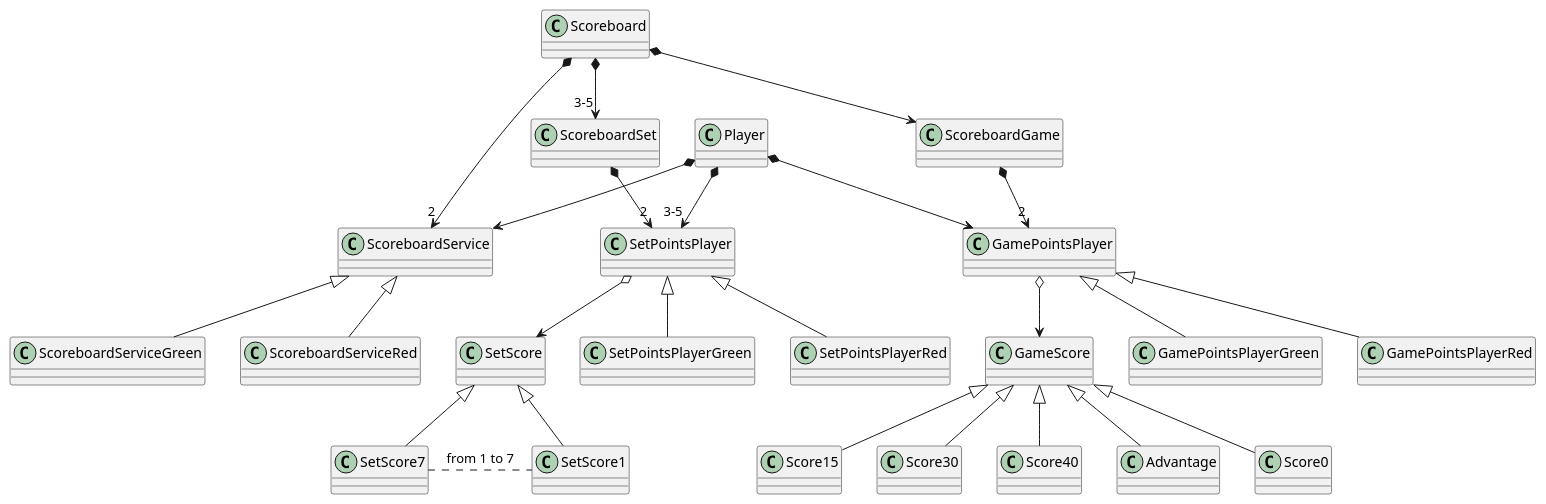
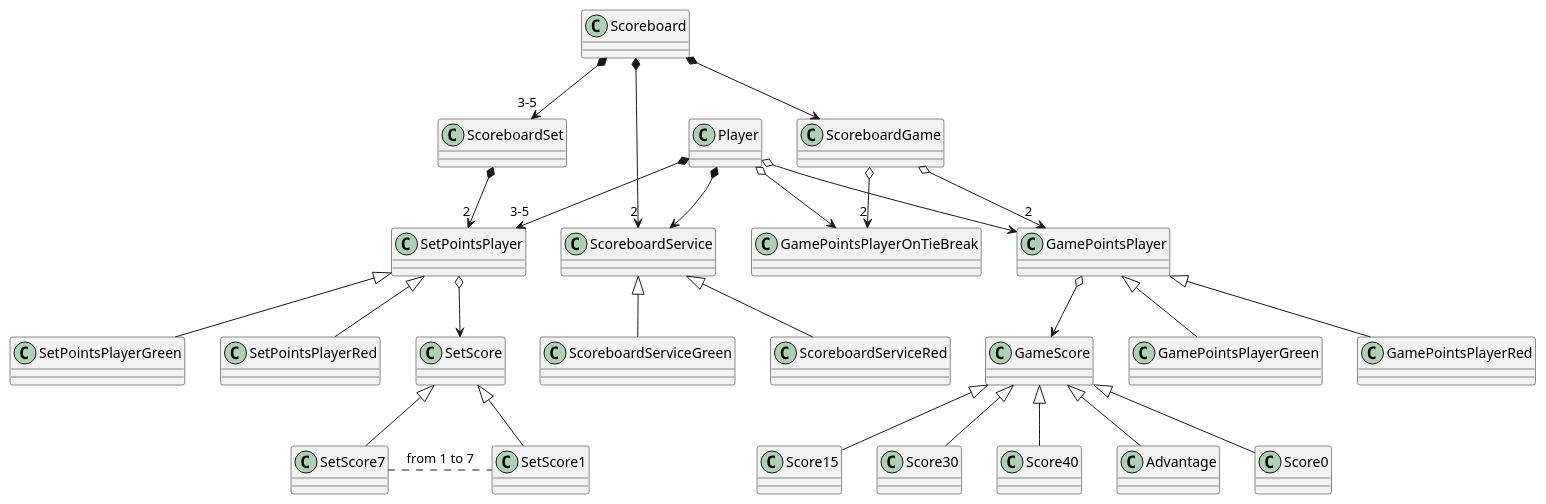
Before and after one commit to midesweb/marcador-tenis: the diagram in modelo-marcador.plantuml, drawn with PlantUML. The commit also changed 1 other file, not shown here.

Commit message:
añadir tie break

```diff
--- a/modelo-marcador.plantuml
+++ b/modelo-marcador.plantuml
@@ -1,58 +1,61 @@
 @startuml
 
 class Scoreboard
 class ScoreboardSet
 class ScoreboardGame
 class ScoreboardService
 
 class SetPointsPlayer
 class SetPointsPlayerGreen
 class SetPointsPlayerRed
 class GamePointsPlayer
 class GamePointsPlayerGreen
 class GamePointsPlayerRed
 
 class GameScore
 class Score0
 class Score15
 class Score30
 class Score40
 class Advantage
 
 class SetScore
 class SetScore1
 class SetScore7
 
 class Player
 
 Scoreboard *--> "3-5" ScoreboardSet
 ScoreboardSet *--> "2" SetPointsPlayer
 SetPointsPlayerGreen -up-|> SetPointsPlayer
 SetPointsPlayerRed -up-|> SetPointsPlayer
 
 Scoreboard *--> ScoreboardGame
-ScoreboardGame *--> "2" GamePointsPlayer
+ScoreboardGame o--> "2" GamePointsPlayer
 GamePointsPlayerGreen -up-|> GamePointsPlayer
 GamePointsPlayerRed -up-|> GamePointsPlayer
 
 GamePointsPlayer o-down-> GameScore
 Score0 -up-|> GameScore
 Score15 -up-|> GameScore
 Score30 -up-|> GameScore
 Score40 -up-|> GameScore
 Advantage -up-|> GameScore
 
+ScoreboardGame o-down-> "2" GamePointsPlayerOnTieBreak
+
 SetPointsPlayer o-down-> SetScore
 SetScore1 -up-|> SetScore
 SetScore7 -up-|> SetScore
 SetScore1 .left. SetScore7 : from 1 to 7
 
 Scoreboard *--> "2" ScoreboardService
 ScoreboardServiceGreen -up-|> ScoreboardService
 ScoreboardServiceRed -up-|> ScoreboardService
 
-Player *--> GamePointsPlayer
+Player o--> GamePointsPlayer
 Player *--> "3-5" SetPointsPlayer
 Player *--> ScoreboardService
+Player o--> GamePointsPlayerOnTieBreak
 
 @enduml
```
